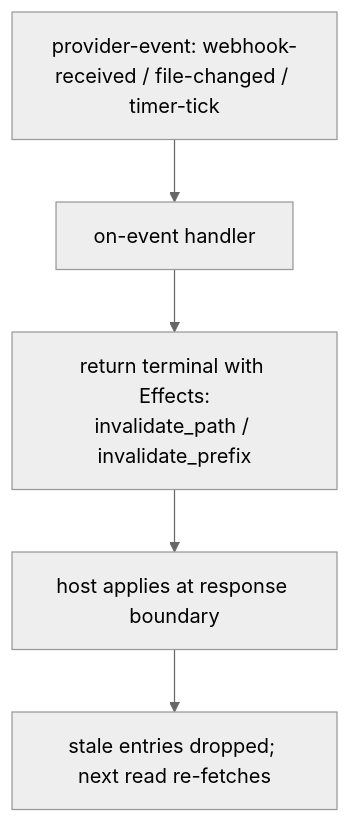
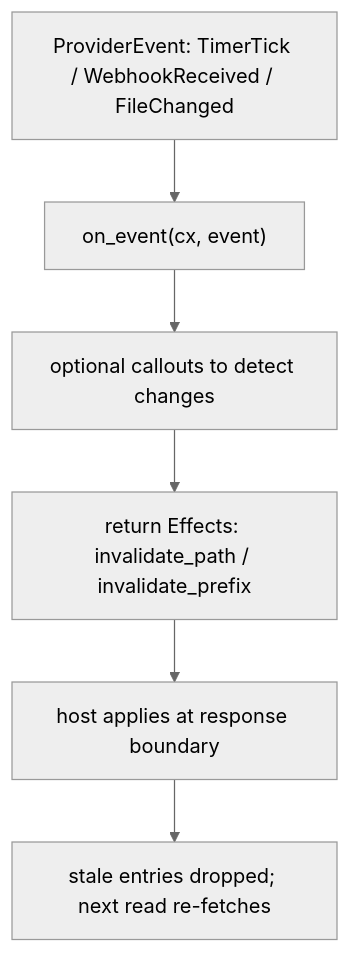
Before and after one commit to 0xff-ai/omnifs: the diagram in website/src/content/docs/building-providers/cache-invalidation.md, drawn with Mermaid (neutral theme). The commit also changed other lines of this file and 11 other files, not shown here.

````diff
--- a/website/src/content/docs/building-providers/cache-invalidation.md
+++ b/website/src/content/docs/building-providers/cache-invalidation.md
@@ -34,7 +62,8 @@
 ```mermaid
 flowchart TD
-    E["provider-event: webhook-received / file-changed / timer-tick"] --> O["on-event handler"]
-    O --> EF["return terminal with Effects:\ninvalidate_path / invalidate_prefix"]
+    E["ProviderEvent: TimerTick / WebhookReceived / FileChanged"] --> O["on_event(cx, event)"]
+    O --> P["optional callouts to detect changes"]
+    P --> EF["return Effects: invalidate_path / invalidate_prefix"]
     EF --> B["host applies at response boundary"]
     B --> C["stale entries dropped; next read re-fetches"]
 ```
````
